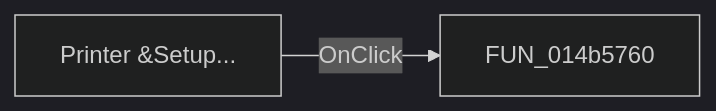
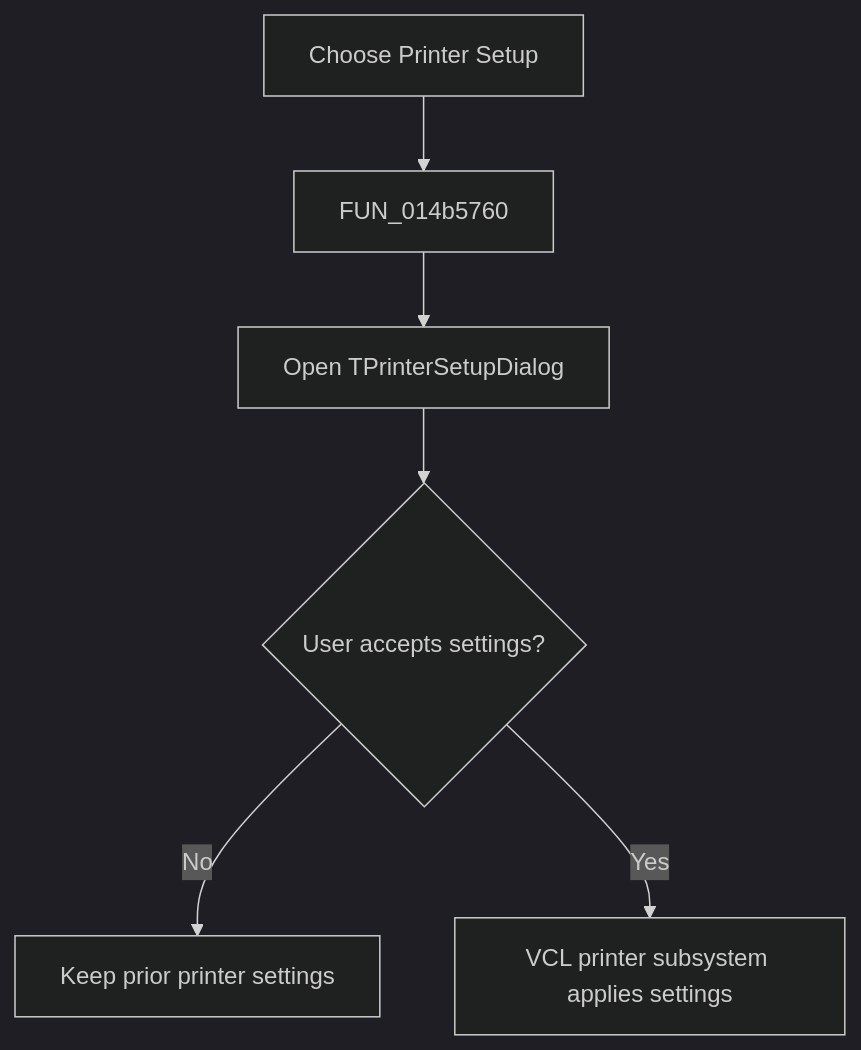
One commit to MovGP0/TIARA changed the diagram in docs/ui-controls/netlistviewer/miprintersetup-137101c56d.md. Above: the diagram before and after it, drawn with Mermaid (dark theme). The commit also changed other lines of this file and 1062 other files, not shown here.

````diff
--- a/docs/ui-controls/netlistviewer/miprintersetup-137101c56d.md
+++ b/docs/ui-controls/netlistviewer/miprintersetup-137101c56d.md
@@ -27,4 +27,8 @@
 ```mermaid
-flowchart LR
-    control["Printer &Setup..."] -->|OnClick| handler["FUN_014b5760"]
+flowchart TD
+    control["Choose Printer Setup"] --> handler["FUN_014b5760"]
+    handler --> dialog["Open TPrinterSetupDialog"]
+    dialog --> result{"User accepts settings?"}
+    result -->|No| cancel["Keep prior printer settings"]
+    result -->|Yes| apply["VCL printer subsystem applies settings"]
 ```
````
